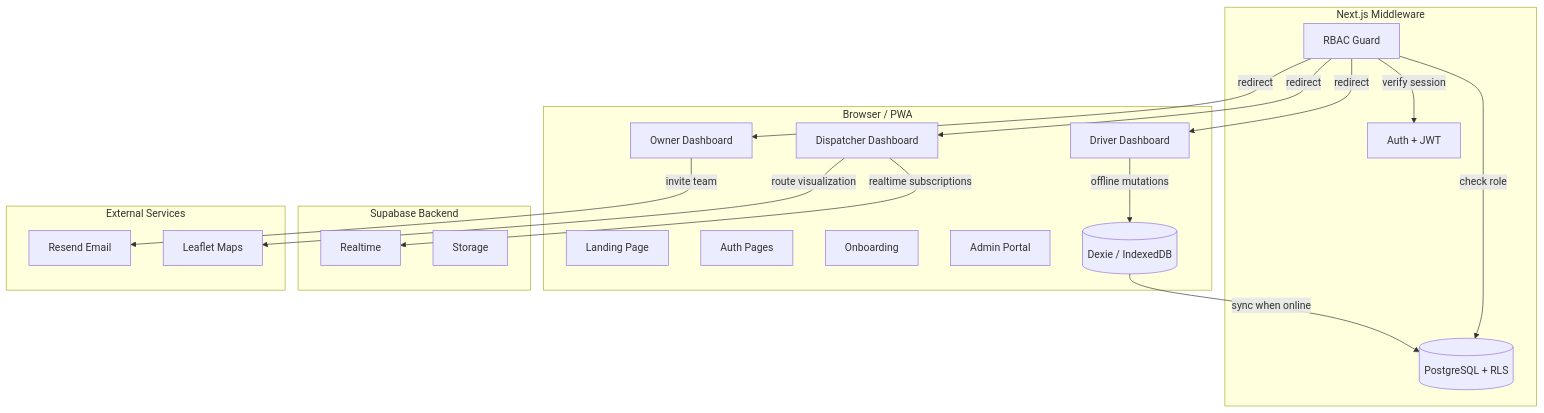
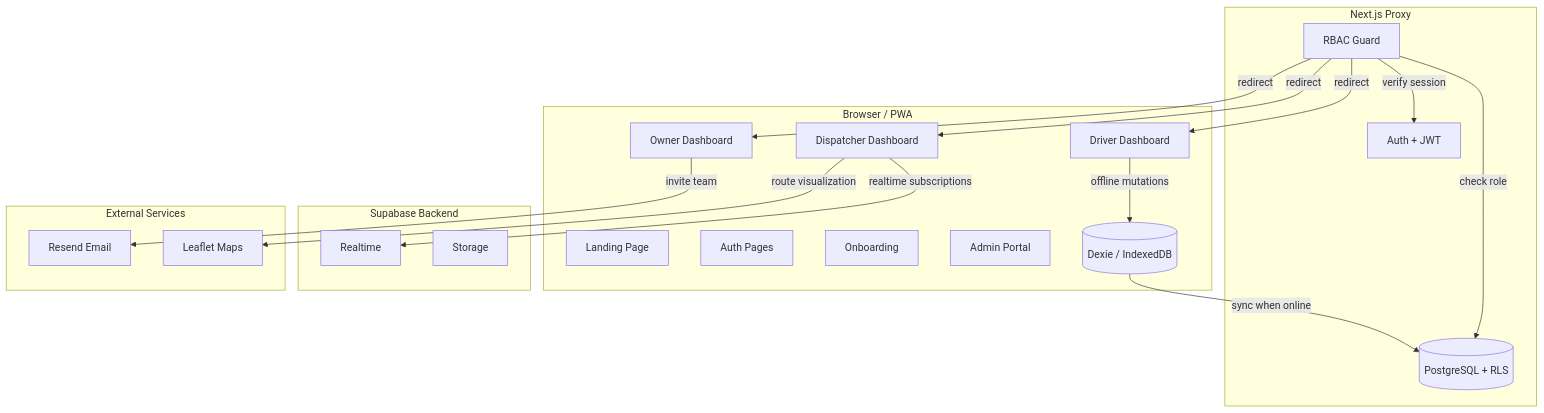
The diagram in README.md (JohnApollos/baseops), drawn with Mermaid before and after one commit. The commit also changed other lines of this file and 6 other files, not shown here.

Commit message:
Audit & optimization: Next.js 16 migration, missing OTP route, chart hydration fixes, driver Dexie syncing, and responsive layout polish

````diff
--- a/README.md
+++ b/README.md
@@ -19,40 +19,40 @@
 ```mermaid
 graph TB
     subgraph Client["Browser / PWA"]
         LP[Landing Page]
         AUTH[Auth Pages]
         OB[Onboarding]
         DD[Dispatcher Dashboard]
         DRV[Driver Dashboard]
         OWN[Owner Dashboard]
         ADM[Admin Portal]
         DEXIE[(Dexie / IndexedDB)]
     end
 
-    subgraph Middleware["Next.js Middleware"]
+    subgraph Proxy["Next.js Proxy"]
         MW[RBAC Guard]
         MW -->|verify session| SB_AUTH
         MW -->|check role| SB_DB
         MW -->|redirect| DD
         MW -->|redirect| DRV
         MW -->|redirect| OWN
     end
 
     subgraph Supabase["Supabase Backend"]
         SB_AUTH[Auth + JWT]
         SB_DB[(PostgreSQL + RLS)]
         SB_RT[Realtime]
         SB_STORE[Storage]
     end
 
     subgraph Services["External Services"]
         RESEND[Resend Email]
         LEAFLET[Leaflet Maps]
     end
 
     DRV -->|offline mutations| DEXIE
     DEXIE -->|sync when online| SB_DB
     DD -->|realtime subscriptions| SB_RT
     DD -->|route visualization| LEAFLET
     OWN -->|invite team| RESEND
 ```
````
